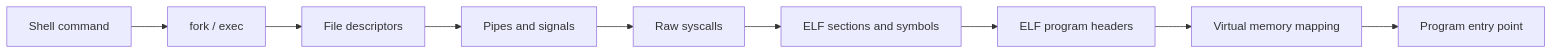
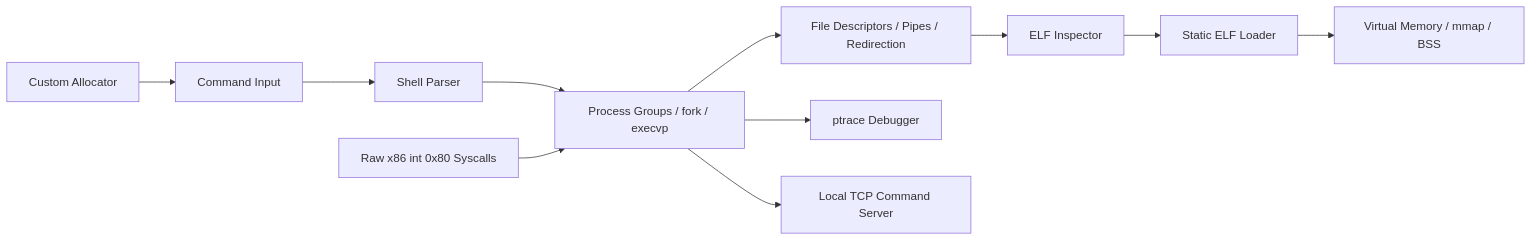
One commit to mohamedtah22/embedded-systems-runtime changed the diagram in README.md. Above: the diagram before and after it, drawn with Mermaid. The commit also changed other lines of this file, not shown here.

````diff
--- a/README.md
+++ b/README.md
@@ -126,11 +9,13 @@
 ```mermaid
 flowchart LR
-    A[Shell command] --> B[fork / exec]
-    B --> C[File descriptors]
-    C --> D[Pipes and signals]
-    D --> E[Raw syscalls]
-    E --> F[ELF sections and symbols]
-    F --> G[ELF program headers]
-    G --> H[Virtual memory mapping]
-    H --> I[Program entry point]
+    A[Command Input] --> B[Shell Parser]
+    B --> C[Process Groups / fork / execvp]
+    C --> D[File Descriptors / Pipes / Redirection]
+    D --> E[ELF Inspector]
+    E --> F[Static ELF Loader]
+    F --> G[Virtual Memory / mmap / BSS]
+    C --> H[ptrace Debugger]
+    C --> I[Local TCP Command Server]
+    J[Raw x86 int 0x80 Syscalls] --> C
+    K[Custom Allocator] --> A
 ```
````
